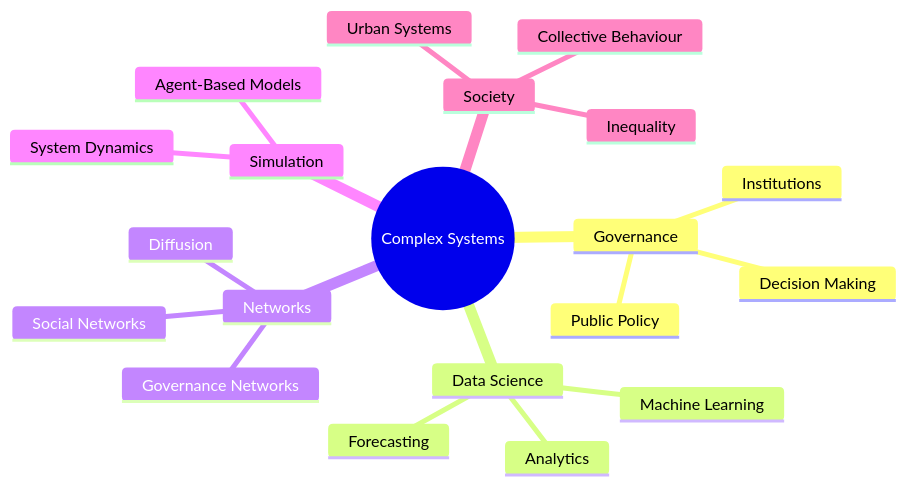
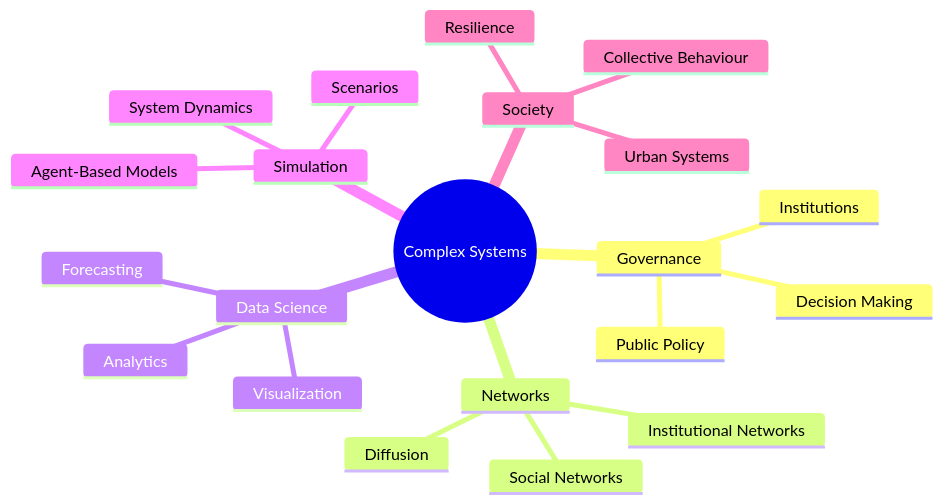
Before and after one commit to Dariadata/Dariadata: the diagram in README.md, drawn with Mermaid. The commit also changed other lines of this file, not shown here.

````diff
--- a/README.md
+++ b/README.md
@@ -37,28 +41,29 @@
 ```mermaid
 mindmap
   root((Complex Systems))
 
     Governance
       Public Policy
       Institutions
       Decision Making
 
+    Networks
+      Social Networks
+      Institutional Networks
+      Diffusion
+
     Data Science
       Analytics
-      Machine Learning
       Forecasting
-
-    Networks
-      Social Networks
-      Governance Networks
-      Diffusion
+      Visualization
 
     Simulation
       Agent-Based Models
+      Scenarios
       System Dynamics
 
     Society
-      Inequality
+      Collective Behaviour
       Urban Systems
-      Collective Behaviour
+      Resilience
 ```
````
